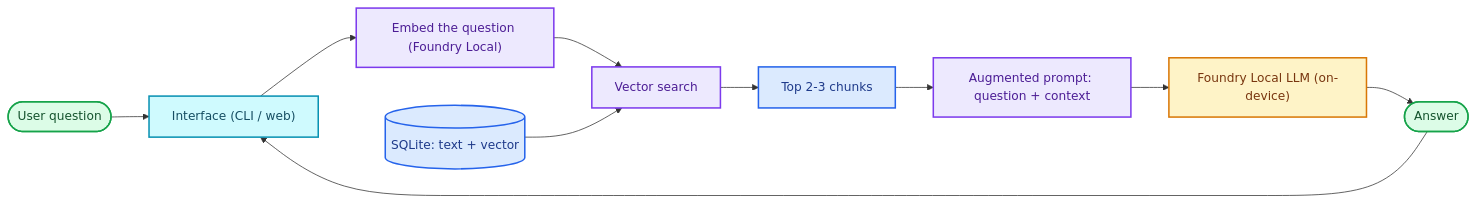
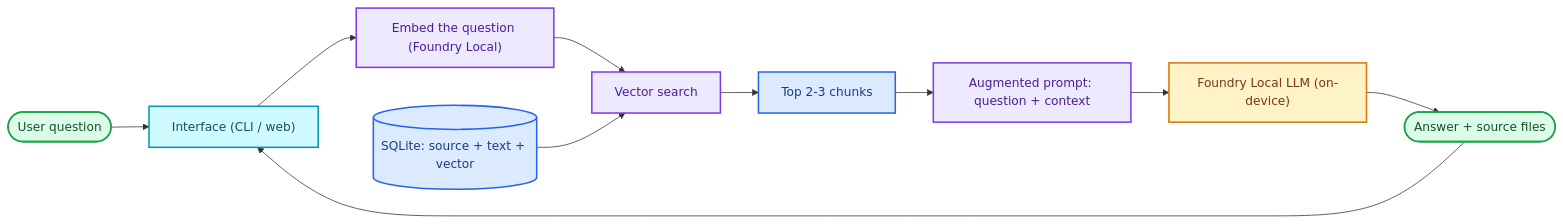
The second of 2 diagrams in docs/architecture.md (bilgenurpala/local-rag-assistant), drawn with Mermaid before and after one commit. The commit also changed other lines of this file and 19 other files, not shown here.

````diff
--- a/docs/architecture.md
+++ b/docs/architecture.md
@@ -70,23 +70,23 @@
 ```mermaid
 flowchart LR
     U(["User question"]) --> UI["Interface (CLI / web)"]
     UI --> QE["Embed the question (Foundry Local)"]
     QE --> VS["Vector search"]
-    DB[("SQLite: text + vector")] --> VS
+    DB[("SQLite: source + text + vector")] --> VS
     VS --> TK["Top 2-3 chunks"]
     TK --> AP["Augmented prompt: question + context"]
     AP --> LLM["Foundry Local LLM (on-device)"]
-    LLM --> ANS(["Answer"])
+    LLM --> ANS(["Answer + source files"])
     ANS --> UI
 
     classDef io fill:#dcfce7,stroke:#16a34a,stroke-width:2px,color:#14532d
     classDef ui fill:#cffafe,stroke:#0891b2,stroke-width:2px,color:#164e63
     classDef process fill:#ede9fe,stroke:#7c3aed,stroke-width:2px,color:#4c1d95
     classDef store fill:#dbeafe,stroke:#2563eb,stroke-width:2px,color:#1e3a8a
     classDef model fill:#fef3c7,stroke:#d97706,stroke-width:2px,color:#78350f
     class U,ANS io
     class UI ui
     class QE,VS,AP process
     class DB,TK store
     class LLM model
 ```
````
